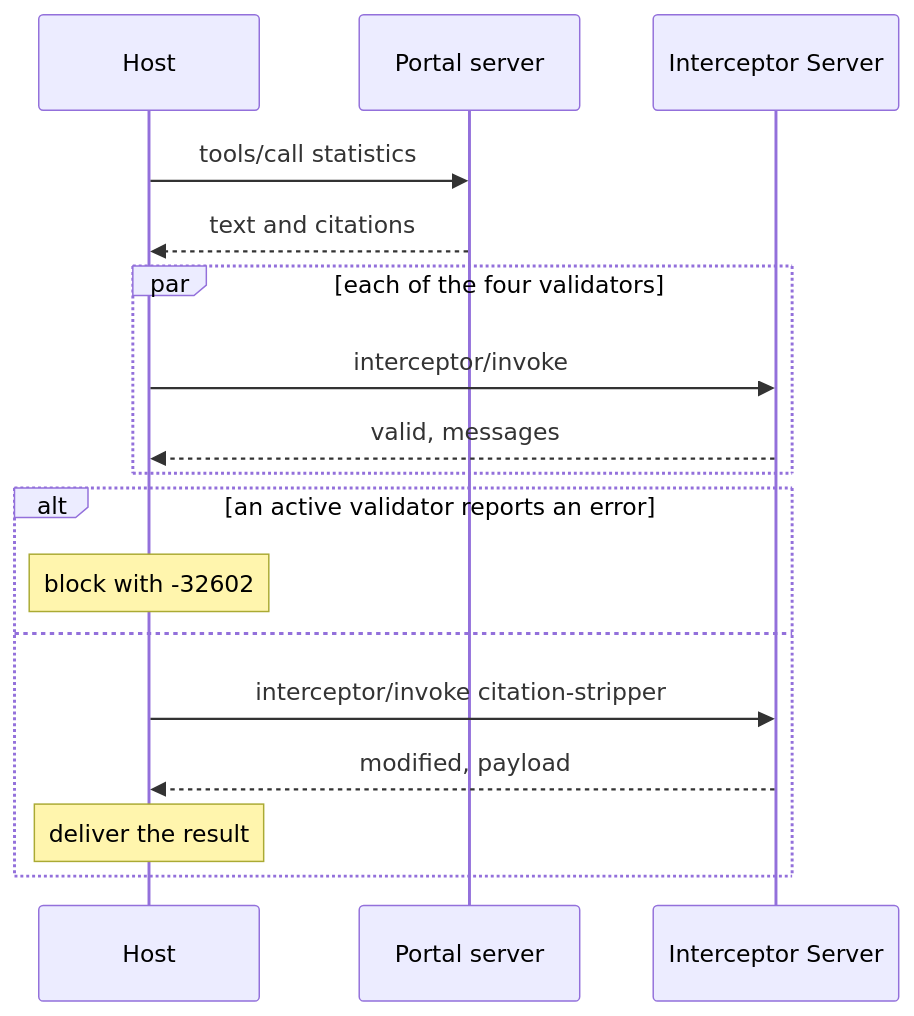
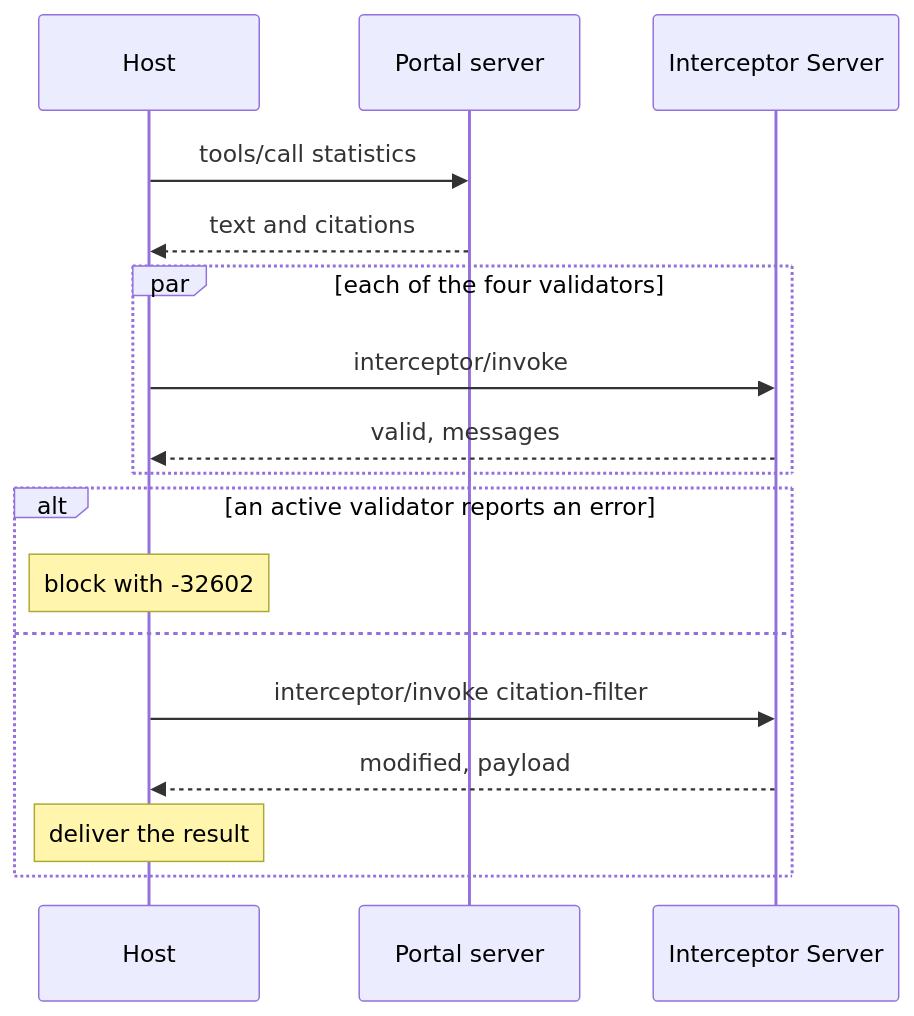
The diagram in README.md (olaservo/citation-audit-demo), drawn with Mermaid before and after one commit. The commit also changed other lines of this file and 4 other files, not shown here.

First line of the commit message:
Rename citation-stripper to citation-filter

````diff
--- a/README.md
+++ b/README.md
@@ -89,19 +89,19 @@
 ```mermaid
 sequenceDiagram
     participant H as Host
     participant P as Portal server
     participant I as Interceptor Server
     H->>P: tools/call statistics
     P-->>H: text and citations
     par each of the four validators
         H->>I: interceptor/invoke
         I-->>H: valid, messages
     end
     alt an active validator reports an error
         Note over H: block with -32602
     else
-        H->>I: interceptor/invoke citation-stripper
+        H->>I: interceptor/invoke citation-filter
         I-->>H: modified, payload
         Note over H: deliver the result
     end
 ```
````
